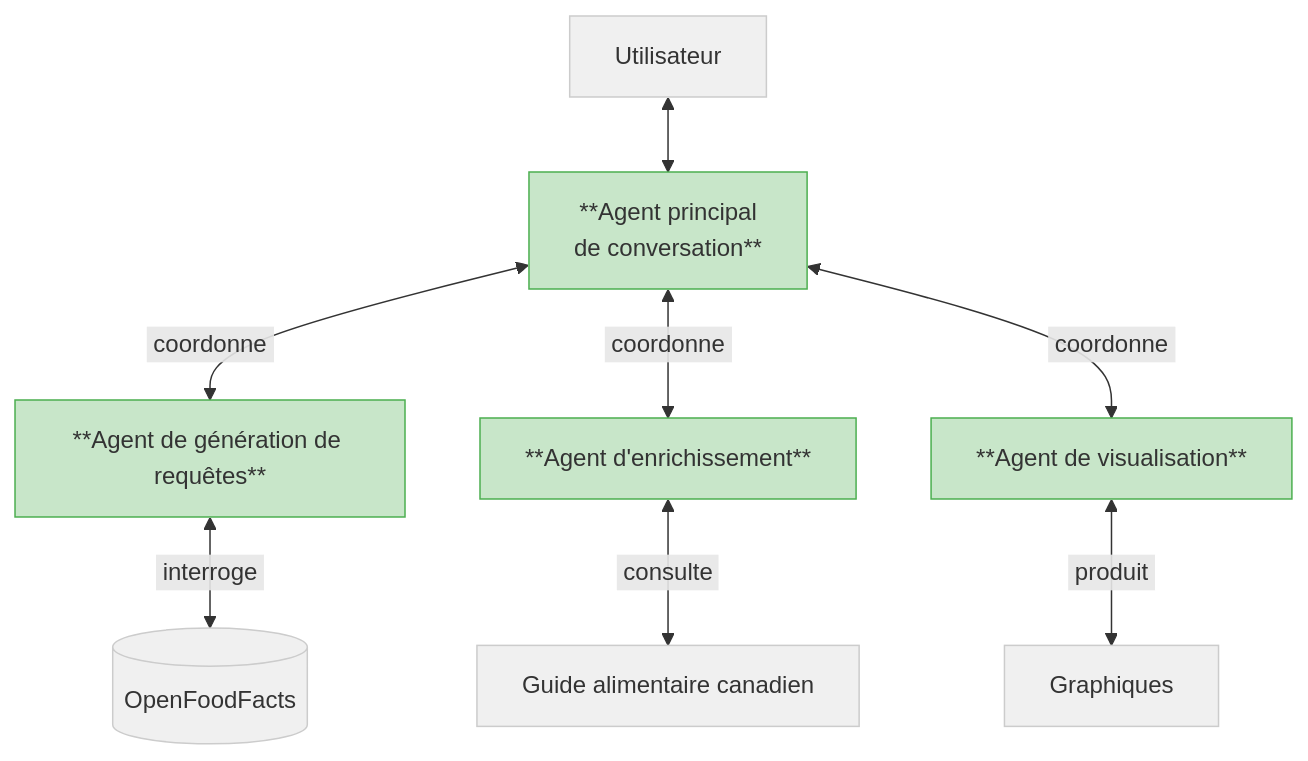
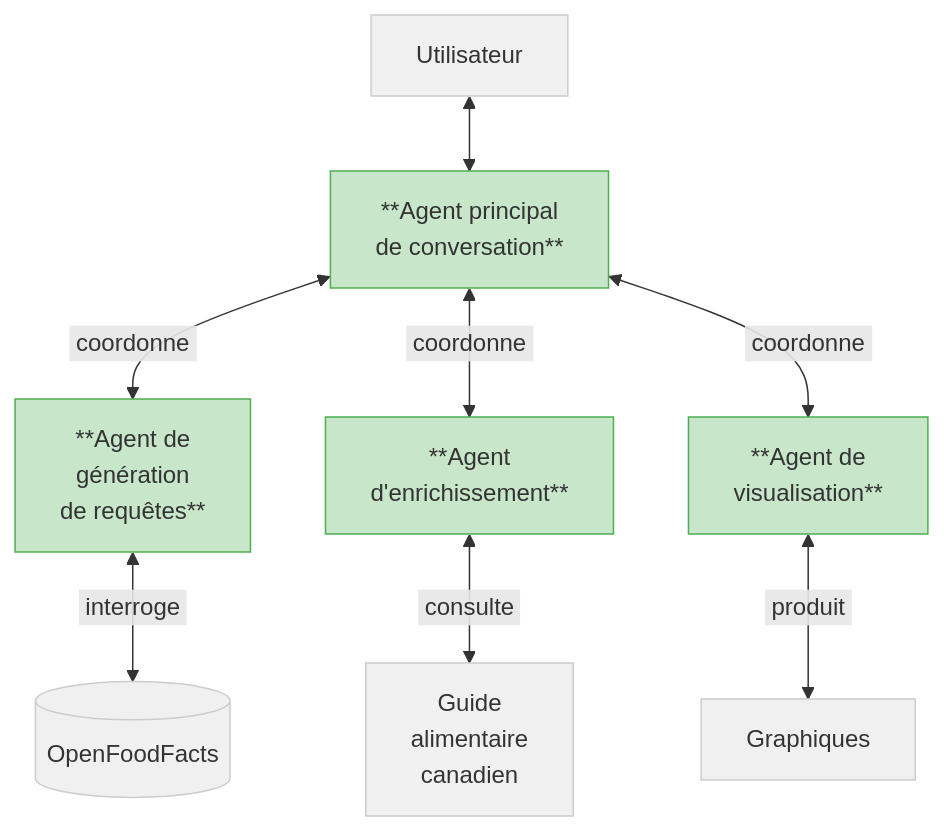
The diagram in docs/markdown/plan.md (boisalai/ift-6005), drawn with Mermaid before and after one commit.

````diff
--- a/docs/markdown/plan.md
+++ b/docs/markdown/plan.md
@@ -63,19 +63,19 @@
 ```mermaid
 graph TD
     classDef main fill:#c8e6c9,stroke:#4caf50
     classDef agent fill:#c8e6c9,stroke:#4caf50
     classDef resource fill:#f0f0f0,stroke:#cccccc
 
     U[Utilisateur] <--> MA[**Agent principal<br>de conversation**]
-    MA <-->|&nbsp;coordonne&nbsp;| A1[**Agent de génération de requêtes**]
-    MA <-->|&nbsp;coordonne&nbsp;| A2[**Agent d'enrichissement**]
-    MA <-->|&nbsp;coordonne&nbsp;| A3[**Agent de visualisation**]
+    MA <-->|&nbsp;coordonne&nbsp;| A1[**Agent de<br>génération<br>de requêtes**]
+    MA <-->|&nbsp;coordonne&nbsp;| A2[**Agent<br>d'enrichissement**]
+    MA <-->|&nbsp;coordonne&nbsp;| A3[**Agent de<br>visualisation**]
     
     A1 <-->|&nbsp;interroge&nbsp;| DB[(OpenFoodFacts)]
-    A2 <-->|&nbsp;consulte&nbsp;| GAC[Guide alimentaire canadien]
+    A2 <-->|&nbsp;consulte&nbsp;| GAC[Guide<br>alimentaire<br>canadien]
     A3 <-->|&nbsp;produit&nbsp;| V[Graphiques]
     
     class MA main
     class A1,A2,A3 agent
     class U,DB,GAC,V resource
 ```
````
